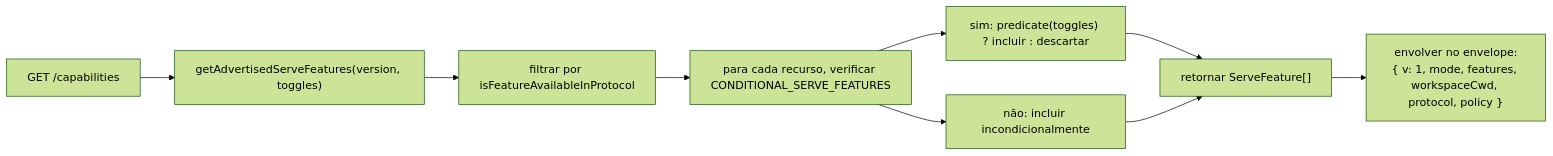
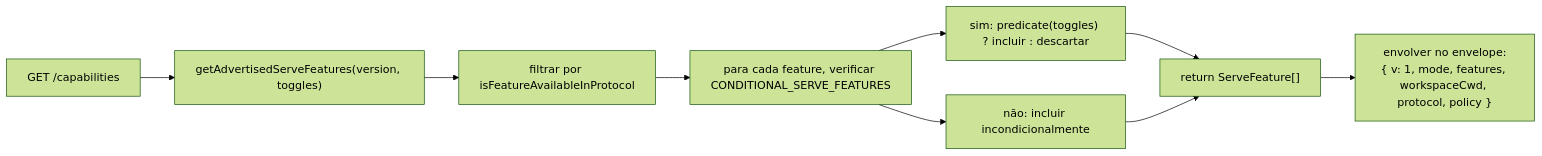
The first of 2 diagrams in website/content/pt-BR/developers/daemon/11-capabilities-versioning.md (QwenLM/qwen-code-docs), drawn with Mermaid (forest theme) before and after one commit. The commit also changed other lines of this file and 128 other files, not shown here.

````diff
--- a/website/content/pt-BR/developers/daemon/11-capabilities-versioning.md
+++ b/website/content/pt-BR/developers/daemon/11-capabilities-versioning.md
@@ -128,11 +128,11 @@
 ```mermaid
 flowchart LR
     A["GET /capabilities"] --> B["getAdvertisedServeFeatures(version, toggles)"]
     B --> C["filtrar por isFeatureAvailableInProtocol"]
-    C --> D["para cada recurso, verificar CONDITIONAL_SERVE_FEATURES"]
+    C --> D["para cada feature, verificar CONDITIONAL_SERVE_FEATURES"]
     D --> E["sim: predicate(toggles) ? incluir : descartar"]
     D --> F["não: incluir incondicionalmente"]
-    E --> G["retornar ServeFeature[]"]
+    E --> G["return ServeFeature[]"]
     F --> G
     G --> H["envolver no envelope:<br/>{ v: 1, mode, features, workspaceCwd, protocol, policy }"]
 ```
````
